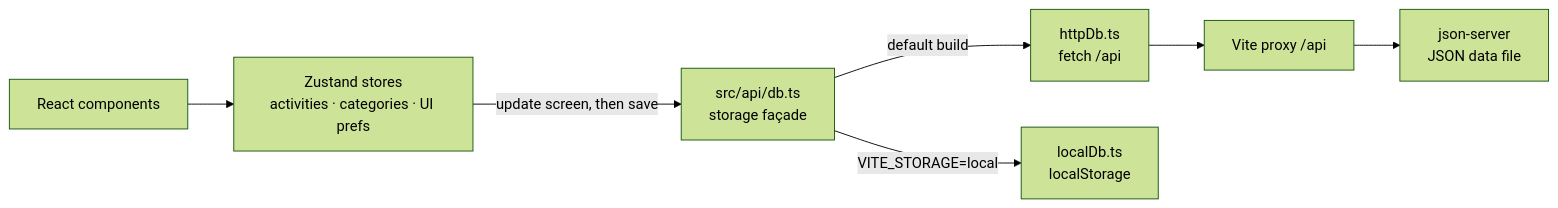
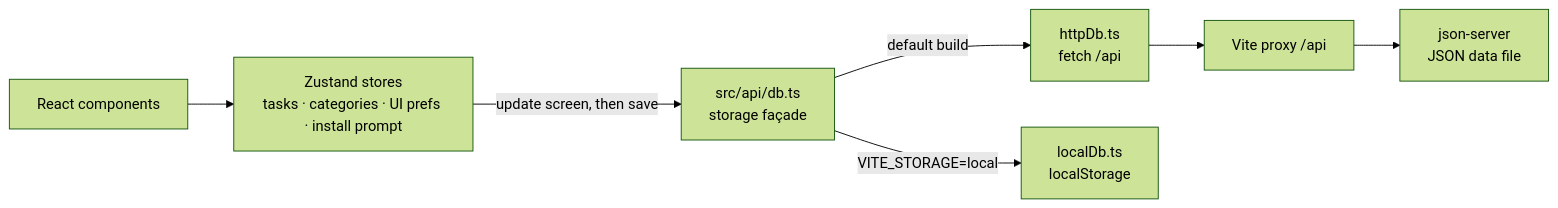
Before and after one commit to jadrianlg16/task-shuffler: the diagram in README.md, drawn with Mermaid (forest theme). The commit also changed other lines of this file, not shown here.

````diff
--- a/README.md
+++ b/README.md
@@ -47,8 +44,8 @@
 ```mermaid
 flowchart LR
-  UI["React components"] --> Stores["Zustand stores<br/>activities · categories · UI prefs"]
+  UI["React components"] --> Stores["Zustand stores<br/>tasks · categories · UI prefs · install prompt"]
   Stores -->|"update screen, then save"| Facade["src/api/db.ts<br/>storage façade"]
   Facade -->|"default build"| Http["httpDb.ts<br/>fetch /api"]
   Facade -->|"VITE_STORAGE=local"| Local["localDb.ts<br/>localStorage"]
   Http --> Proxy["Vite proxy /api"] --> Json["json-server<br/>JSON data file"]
 ```
````
